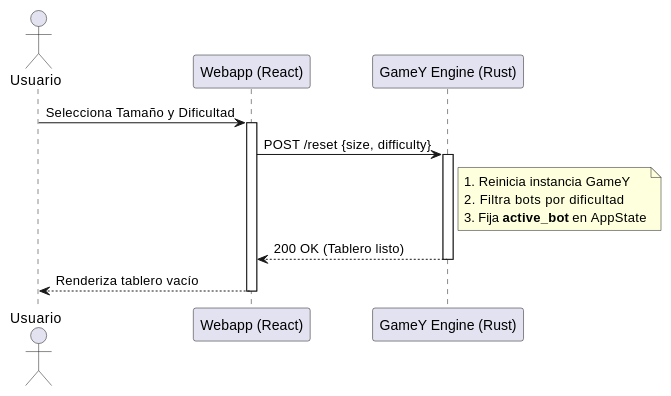
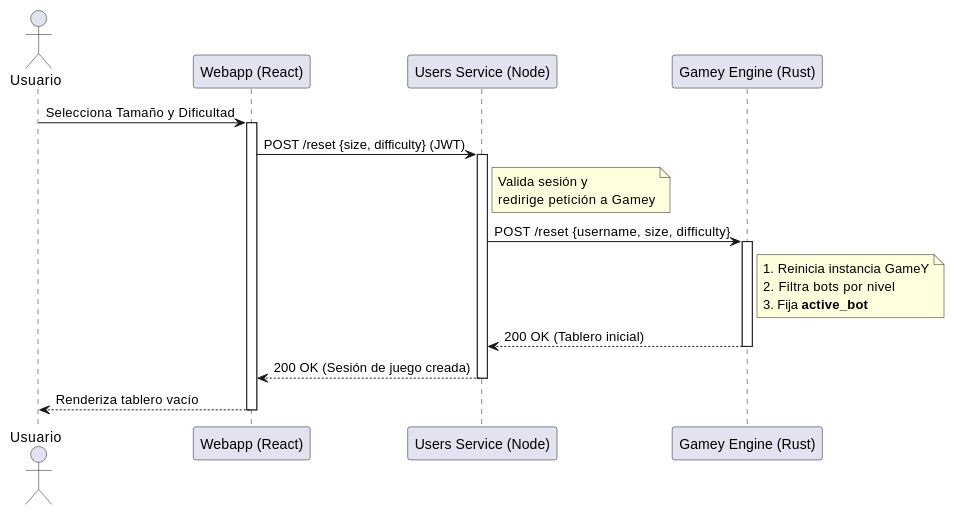
Before and after one commit to Arquisoft/yovi_es1b: the third of 5 diagrams in docs/src/06_runtime_view.adoc, drawn with PlantUML. The commit also changed other lines of this file and 4 other files, not shown here.

```diff
--- a/docs/src/06_runtime_view.adoc
+++ b/docs/src/06_runtime_view.adoc
@@ -61,16 +61,22 @@
 [plantuml,"Game_Init_Sequence",png]
 ----
 actor Usuario
 participant "Webapp (React)" as Webapp
-participant "GameY Engine (Rust)" as Gamey
+participant "Users Service (Node)" as Users
+participant "Gamey Engine (Rust)" as Gamey
 
 Usuario -> Webapp: Selecciona Tamaño y Dificultad
 activate Webapp
-Webapp -> Gamey: POST /reset {size, difficulty}
+Webapp -> Users: POST /reset {size, difficulty} (JWT)
+activate Users
+note right of Users: Valida sesión y \nredirige petición a Gamey
+Users -> Gamey: POST /reset {username, size, difficulty}
 activate Gamey
-note right of Gamey: 1. Reinicia instancia GameY\n2. Filtra bots por dificultad\n3. Fija **active_bot** en AppState
-Gamey --> Webapp: 200 OK (Tablero listo)
+note right of Gamey: 1. Reinicia instancia GameY\n2. Filtra bots por nivel\n3. Fija **active_bot**
+Gamey --> Users: 200 OK (Tablero inicial)
 deactivate Gamey
+Users --> Webapp: 200 OK (Sesión de juego creada)
+deactivate Users
 Webapp --> Usuario: Renderiza tablero vacío
 deactivate Webapp
 ----
```
